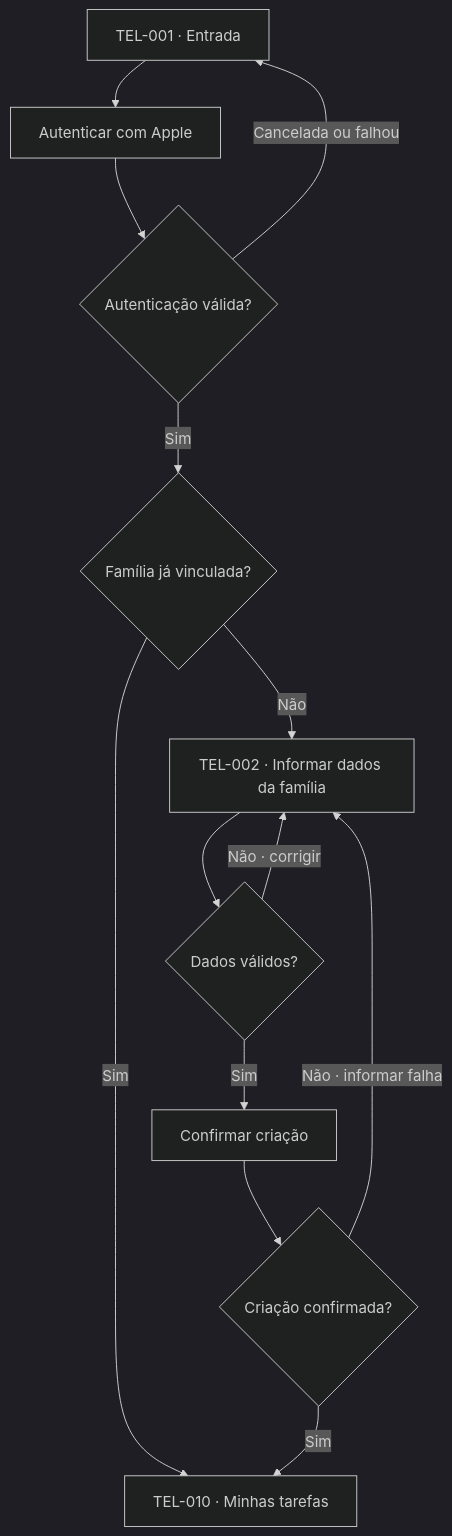
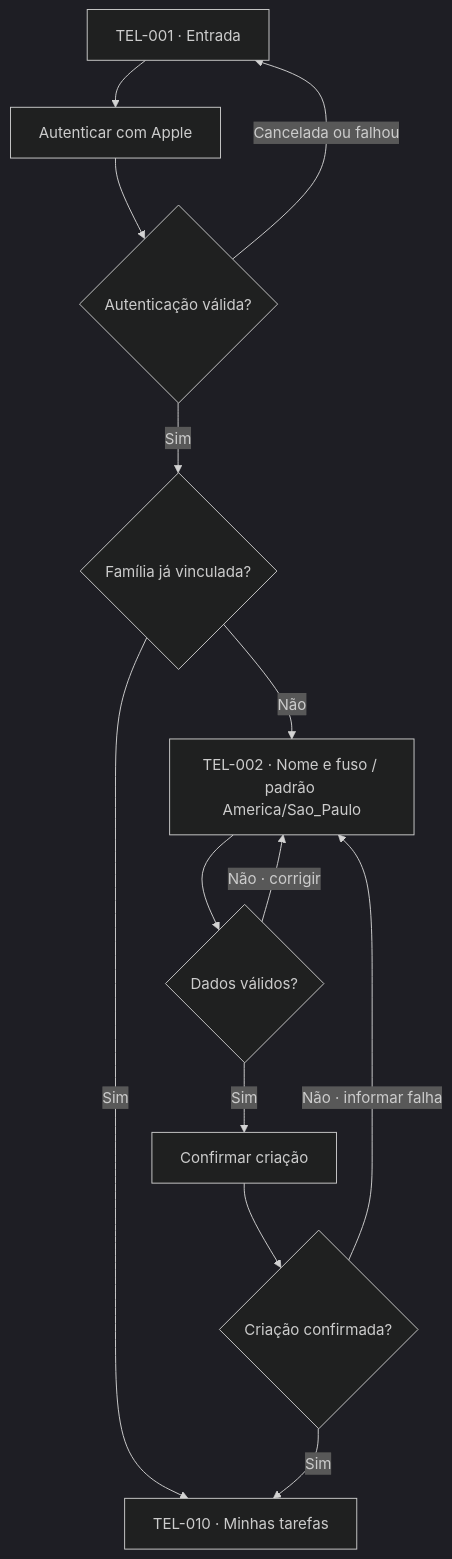
Before and after one commit to lizandramalta/App-Rotina-Familiar: the first of 16 diagrams in docs/design/user-flows.md, drawn with Mermaid (dark theme). The commit also changed other lines of this file and 25 other files, not shown here.

````diff
--- a/docs/design/user-flows.md
+++ b/docs/design/user-flows.md
@@ -66,15 +69,15 @@
 ```mermaid
 flowchart TD
     A["TEL-001 · Entrada"] --> B["Autenticar com Apple"]
     B --> C{"Autenticação válida?"}
     C -->|Cancelada ou falhou| A
     C -->|Sim| D{"Família já vinculada?"}
     D -->|Sim| H["TEL-010 · Minhas tarefas"]
-    D -->|Não| E["TEL-002 · Informar dados da família"]
+    D -->|Não| E["TEL-002 · Nome e fuso / padrão America/Sao_Paulo"]
     E --> F{"Dados válidos?"}
     F -->|Não · corrigir| E
     F -->|Sim| G["Confirmar criação"]
     G --> I{"Criação confirmada?"}
     I -->|Não · informar falha| E
     I -->|Sim| H
 ```
````
